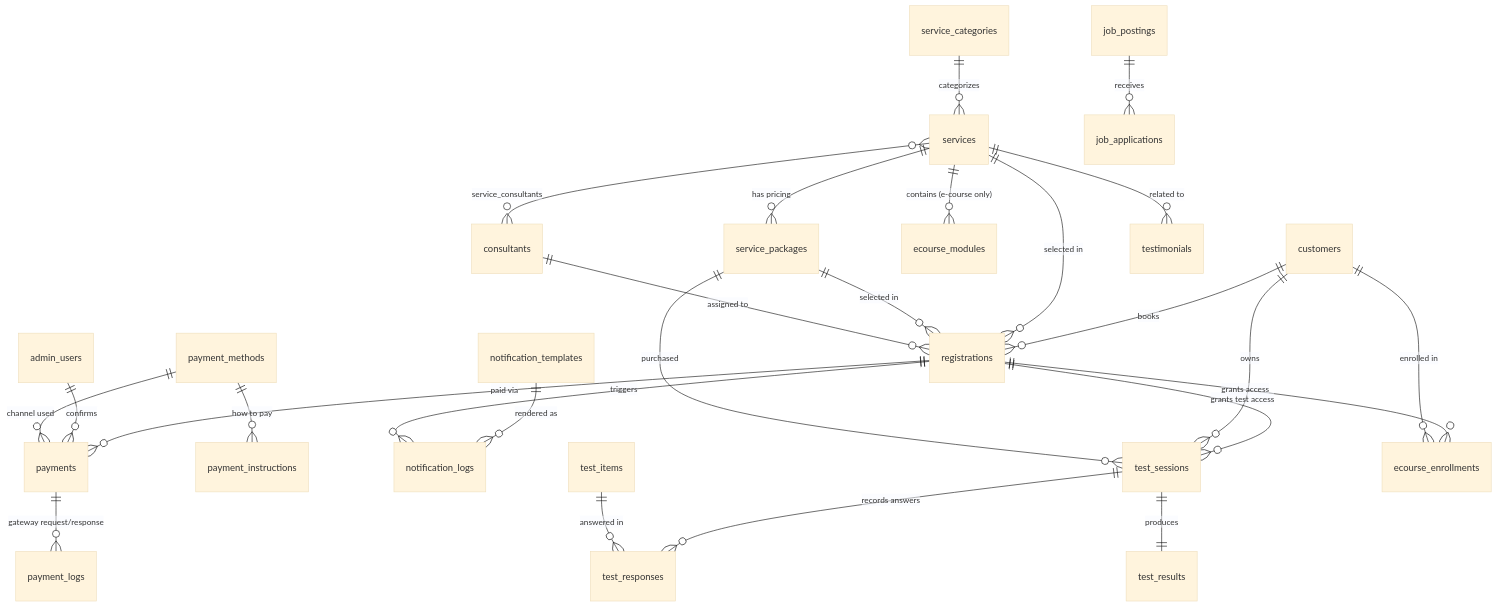
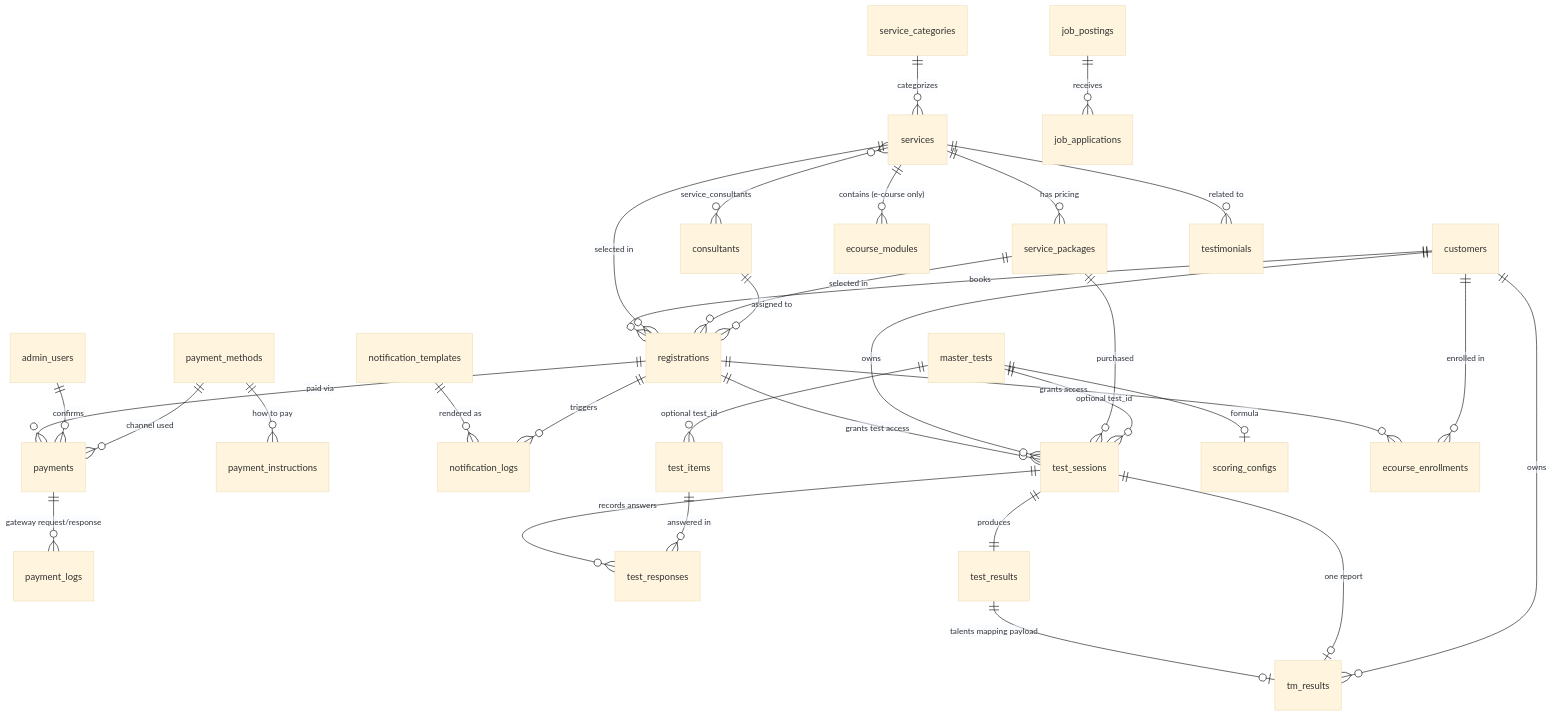
One commit to psikotestid2026-byte/theaim changed the diagram in refs/erd.md. Above: the diagram before and after it, drawn with Mermaid (base theme). The commit also changed other lines of this file and 12 other files, not shown here.

````diff
--- a/refs/erd.md
+++ b/refs/erd.md
@@ -32,28 +32,34 @@
 ```mermaid
 erDiagram
     service_categories ||--o{ services : "categorizes"
     services ||--o{ service_packages : "has pricing"
     services }o--o{ consultants : "service_consultants"
     services ||--o{ ecourse_modules : "contains (e-course only)"
     customers ||--o{ registrations : "books"
     services ||--o{ registrations : "selected in"
     service_packages ||--o{ registrations : "selected in"
     consultants ||--o{ registrations : "assigned to"
     registrations ||--o{ payments : "paid via"
     admin_users ||--o{ payments : "confirms"
     payment_methods ||--o{ payments : "channel used"
     payment_methods ||--o{ payment_instructions : "how to pay"
     payments ||--o{ payment_logs : "gateway request/response"
     notification_templates ||--o{ notification_logs : "rendered as"
     registrations ||--o{ notification_logs : "triggers"
     registrations ||--o{ test_sessions : "grants test access"
     customers ||--o{ test_sessions : "owns"
     service_packages ||--o{ test_sessions : "purchased"
+    master_tests ||--o{ test_sessions : "optional test_id"
+    master_tests ||--o{ test_items : "optional test_id"
+    master_tests ||--o| scoring_configs : "formula"
     test_sessions ||--o{ test_responses : "records answers"
     test_items ||--o{ test_responses : "answered in"
     test_sessions ||--|| test_results : "produces"
+    test_results ||--o| tm_results : "talents mapping payload"
+    test_sessions ||--o| tm_results : "one report"
+    customers ||--o{ tm_results : "owns"
     registrations ||--o{ ecourse_enrollments : "grants access"
     customers ||--o{ ecourse_enrollments : "enrolled in"
     job_postings ||--o{ job_applications : "receives"
     services ||--o{ testimonials : "related to"
 ```
````
